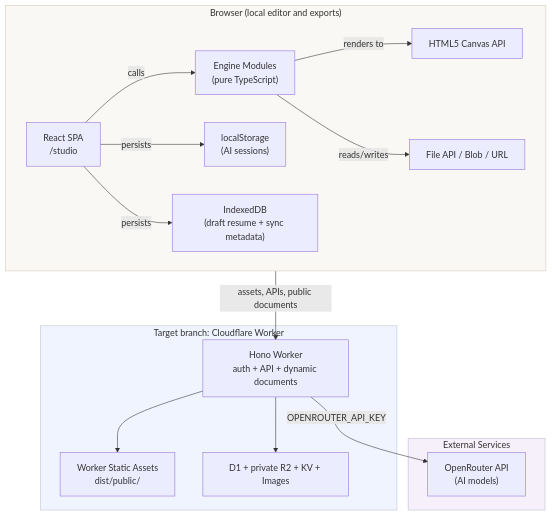
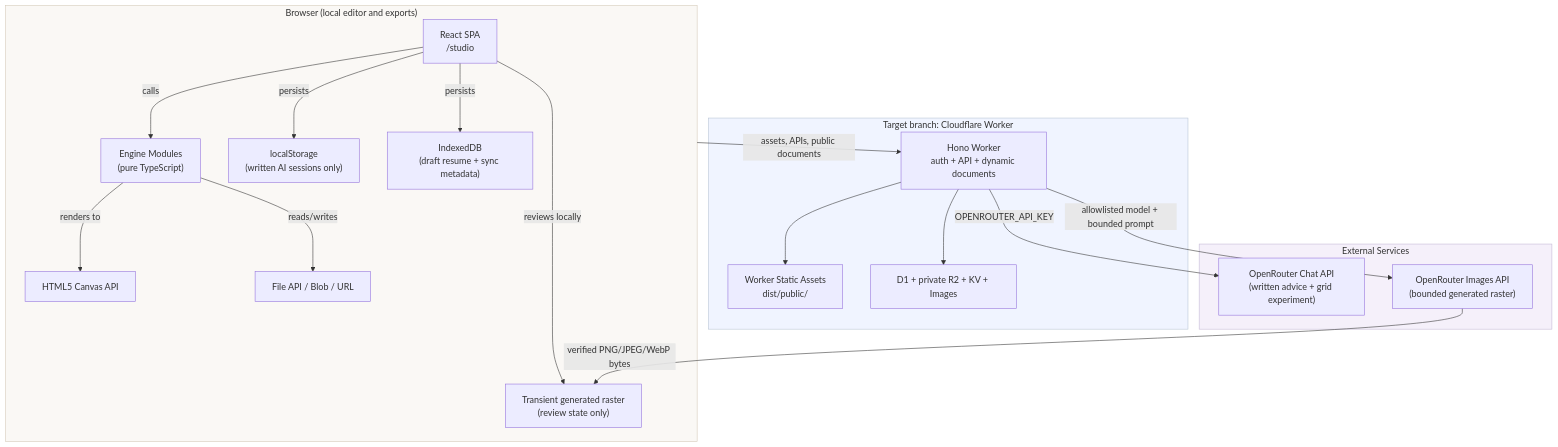
One commit to RazonIn4K/Mii-pixelart changed the first of 13 diagrams in living-the-grid-studio/docs/architecture.md. Above: the diagram before and after it, drawn with Mermaid. The commit also changed other lines of this file and 35 other files, not shown here.

Commit message:
feat(ai): add gated image generation review flow

````diff
--- a/living-the-grid-studio/docs/architecture.md
+++ b/living-the-grid-studio/docs/architecture.md
@@ -93,36 +93,41 @@
 ```mermaid
 graph TB
     subgraph Browser["Browser (local editor and exports)"]
         SPA["React SPA<br/>/studio"]
         Engine["Engine Modules<br/>(pure TypeScript)"]
         Canvas["HTML5 Canvas API"]
         FileAPI["File API / Blob / URL"]
-        LS["localStorage<br/>(AI sessions)"]
+        LS["localStorage<br/>(written AI sessions only)"]
         IDB["IndexedDB<br/>(draft resume + sync metadata)"]
+        Generated["Transient generated raster<br/>(review state only)"]
 
         SPA -->|"calls"| Engine
         Engine -->|"renders to"| Canvas
         Engine -->|"reads/writes"| FileAPI
         SPA -->|"persists"| LS
         SPA -->|"persists"| IDB
+        SPA -->|"reviews locally"| Generated
     end
 
     subgraph Edge["Target branch: Cloudflare Worker"]
         Worker["Hono Worker<br/>auth + API + dynamic documents"]
         Static["Worker Static Assets<br/>dist/public/"]
         Data["D1 + private R2 + KV + Images"]
         Worker --> Static
         Worker --> Data
     end
 
     subgraph External["External Services"]
-        OR["OpenRouter API<br/>(AI models)"]
+        ORChat["OpenRouter Chat API<br/>(written advice + grid experiment)"]
+        ORImages["OpenRouter Images API<br/>(bounded generated raster)"]
     end
 
     Browser -->|"assets, APIs, public documents"| Worker
-    Worker -->|"OPENROUTER_API_KEY"| OR
+    Worker -->|"OPENROUTER_API_KEY"| ORChat
+    Worker -->|"allowlisted model + bounded prompt"| ORImages
+    ORImages -->|"verified PNG/JPEG/WebP bytes"| Generated
 
     style Browser fill:#faf8f5,stroke:#d4c9b8
     style Edge fill:#f0f4ff,stroke:#b8c4d4
     style External fill:#f5f0fa,stroke:#c4b8d4
 ```
````
